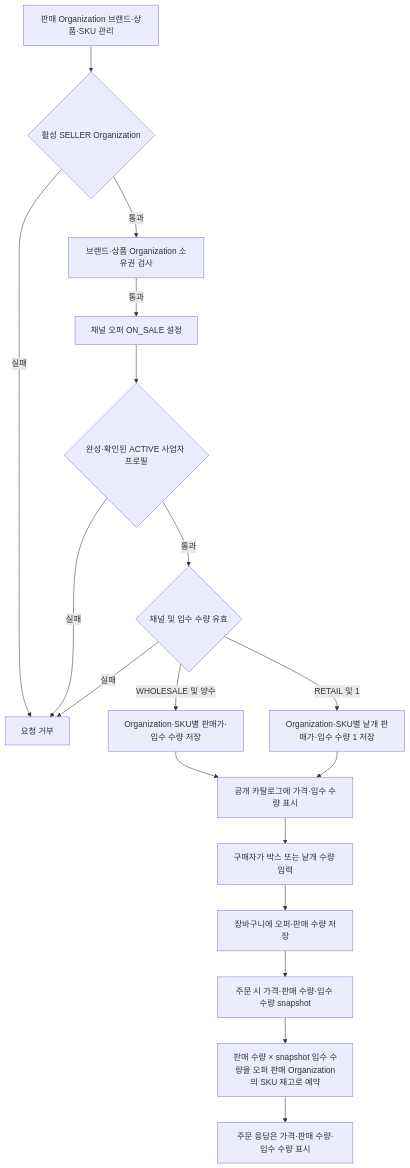
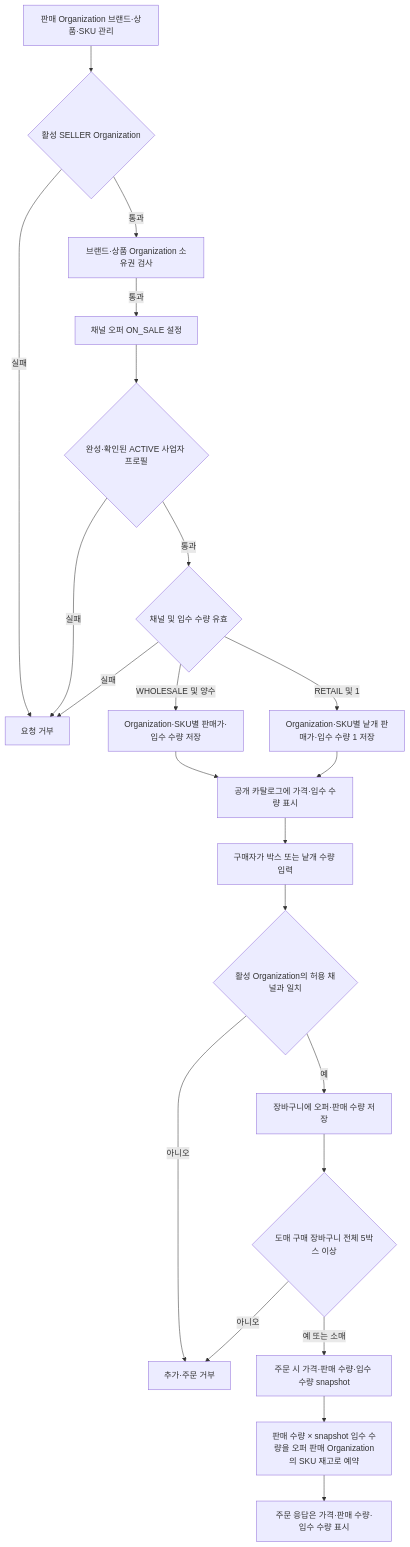
The second of 2 diagrams in docs/services/catalog.md (DongHyeonEom/umji-market-api), drawn with Mermaid before and after one commit. The commit also changed other lines of this file and 8 other files, not shown here.

````diff
--- a/docs/services/catalog.md
+++ b/docs/services/catalog.md
@@ -92,20 +100,24 @@
 ```mermaid
 flowchart TD
     SELLER[판매 Organization 브랜드·상품·SKU 관리] --> CAPABILITY{활성 SELLER Organization}
     CAPABILITY -- 실패 --> REJECT[요청 거부]
     CAPABILITY -- 통과 --> OWNER[브랜드·상품 Organization 소유권 검사]
     OWNER -- 통과 --> OFFER[채널 오퍼 ON_SALE 설정]
     OFFER --> PROFILE{완성·확인된 ACTIVE 사업자 프로필}
     PROFILE -- 실패 --> REJECT
     PROFILE -- 통과 --> VALIDATE{채널 및 입수 수량 유효}
     VALIDATE -- 실패 --> REJECT
     VALIDATE -- WHOLESALE 및 양수 --> SAVEBOX[Organization·SKU별 판매가·입수 수량 저장]
     VALIDATE -- RETAIL 및 1 --> SAVEUNIT[Organization·SKU별 낱개 판매가·입수 수량 1 저장]
     SAVEBOX --> CATALOG[공개 카탈로그에 가격·입수 수량 표시]
     SAVEUNIT --> CATALOG
     CATALOG --> BUYER[구매자가 박스 또는 낱개 수량 입력]
-    BUYER --> CART[장바구니에 오퍼·판매 수량 저장]
-    CART --> CHECKOUT[주문 시 가격·판매 수량·입수 수량 snapshot]
-    CHECKOUT --> RESERVE[판매 수량 × snapshot 입수 수량을 오퍼 판매 Organization의 SKU 재고로 예약]
+    BUYER --> POLICY{활성 Organization의 허용 채널과 일치}
+    POLICY -- 아니오 --> REJECTBUY[추가·주문 거부]
+    POLICY -- 예 --> CART[장바구니에 오퍼·판매 수량 저장]
+    CART --> CHECKOUT{도매 구매 장바구니 전체 5박스 이상}
+    CHECKOUT -- 아니오 --> REJECTBUY
+    CHECKOUT -- 예 또는 소매 --> SNAP[주문 시 가격·판매 수량·입수 수량 snapshot]
+    SNAP --> RESERVE[판매 수량 × snapshot 입수 수량을 오퍼 판매 Organization의 SKU 재고로 예약]
     RESERVE --> ORDER[주문 응답은 가격·판매 수량·입수 수량 표시]
 ```
````
